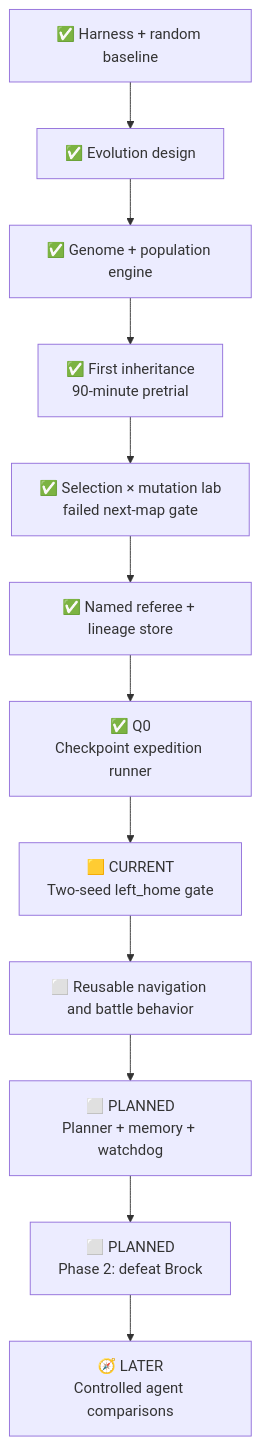
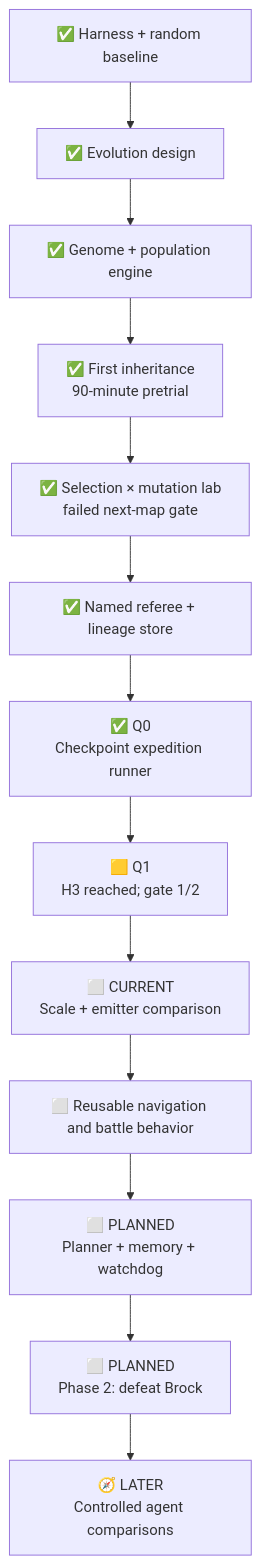
The diagram in docs/roadmap.md (PeteAndrews1289/pokemon-red-ai), drawn with Mermaid before and after one commit. The commit also changed other lines of this file and 12 other files, not shown here.

````diff
--- a/docs/roadmap.md
+++ b/docs/roadmap.md
@@ -45,14 +46,15 @@
 ```mermaid
 flowchart TD
     P0["✅ Harness + random baseline"] --> EV0["✅ Evolution design"]
     EV0 --> EV1["✅ Genome + population engine"]
     EV1 --> PRE["✅ First inheritance<br/>90-minute pretrial"]
     PRE --> LAB["✅ Selection × mutation lab<br/>failed next-map gate"]
     LAB --> REF["✅ Named referee + lineage store"]
     REF --> P1["✅ Q0<br/>Checkpoint expedition runner"]
-    P1 --> Q1["🟨 CURRENT<br/>Two-seed left_home gate"]
-    Q1 --> SK["⬜ Reusable navigation and battle behavior"]
+    P1 --> Q1["🟨 Q1<br/>H3 reached; gate 1/2"]
+    Q1 --> EM["⬜ CURRENT<br/>Scale + emitter comparison"]
+    EM --> SK["⬜ Reusable navigation and battle behavior"]
     SK --> HY["⬜ PLANNED<br/>Planner + memory + watchdog"]
     HY --> P2["⬜ PLANNED<br/>Phase 2: defeat Brock"]
     P2 --> AB["🧭 LATER<br/>Controlled agent comparisons"]
 ```
````
